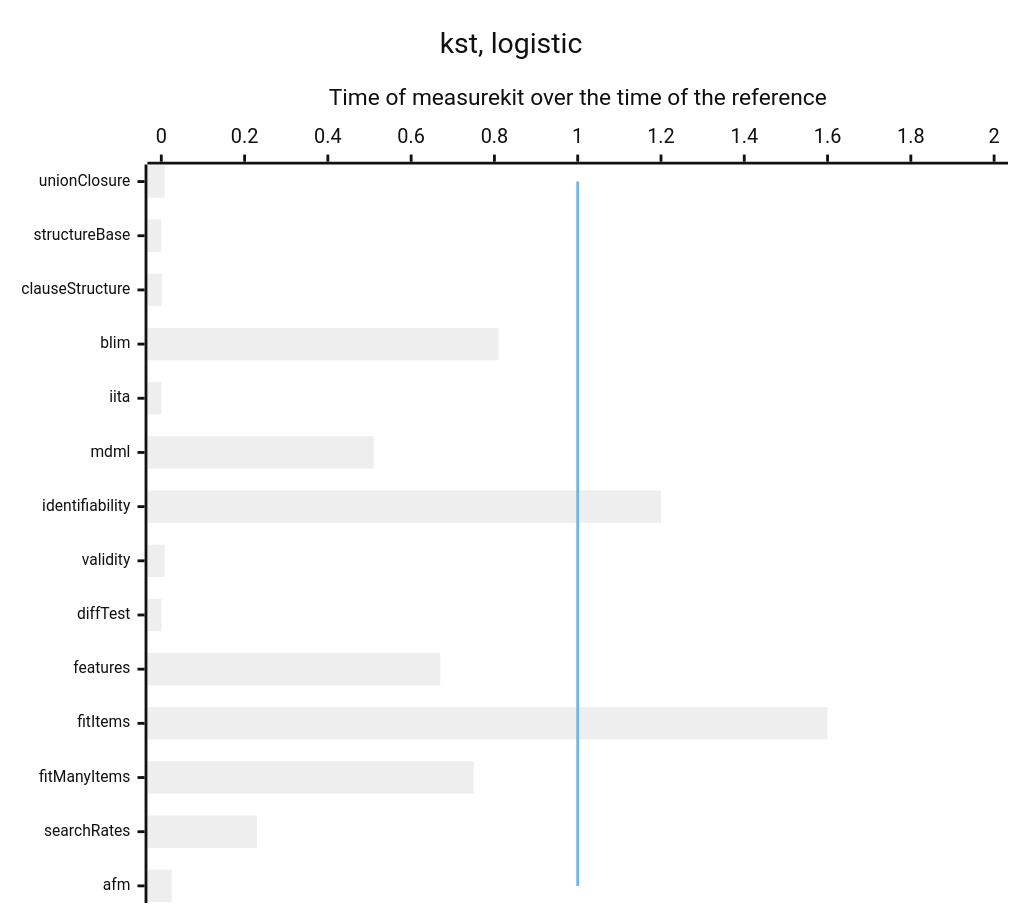
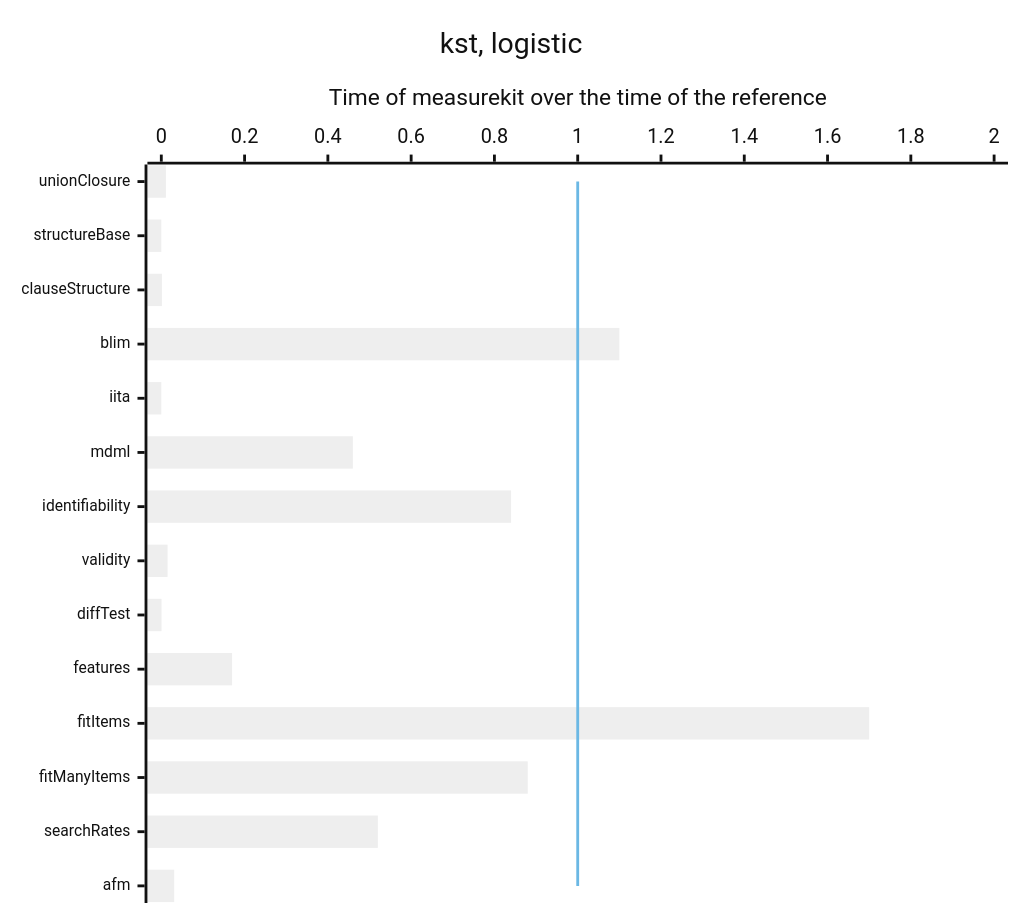
Before and after one commit to measurekit/measurekit: the fourth of 4 diagrams in docs/knowledge-tracing/performance.md, drawn with Mermaid (neutral theme). The commit also changed other lines of this file and 7 other files, not shown here.

````diff
--- a/docs/knowledge-tracing/performance.md
+++ b/docs/knowledge-tracing/performance.md
@@ -51,9 +51,9 @@
 ```mermaid
 %%{init: {"xyChart": {"height": 626, "xAxis": {"labelFontSize": 11}}}}%%
 xychart-beta horizontal
   title "kst, logistic"
   x-axis ["unionClosure", "structureBase", "clauseStructure", "blim", "iita", "mdml", "identifiability", "validity", "diffTest", "features", "fitItems", "fitManyItems", "searchRates", "afm"]
   y-axis "Time of measurekit over the time of the reference" 0 --> 2
-  bar [0.0078, 0.000037, 0.0011, 0.81, 0.000015, 0.51, 1.2, 0.008, 0.00026, 0.67, 1.6, 0.75, 0.23, 0.025]
+  bar [0.011, 0.000047, 0.0015, 1.1, 0.000026, 0.46, 0.84, 0.015, 0.00047, 0.17, 1.7, 0.88, 0.52, 0.031]
   line [1, 1, 1, 1, 1, 1, 1, 1, 1, 1, 1, 1, 1, 1]
 ```
````
